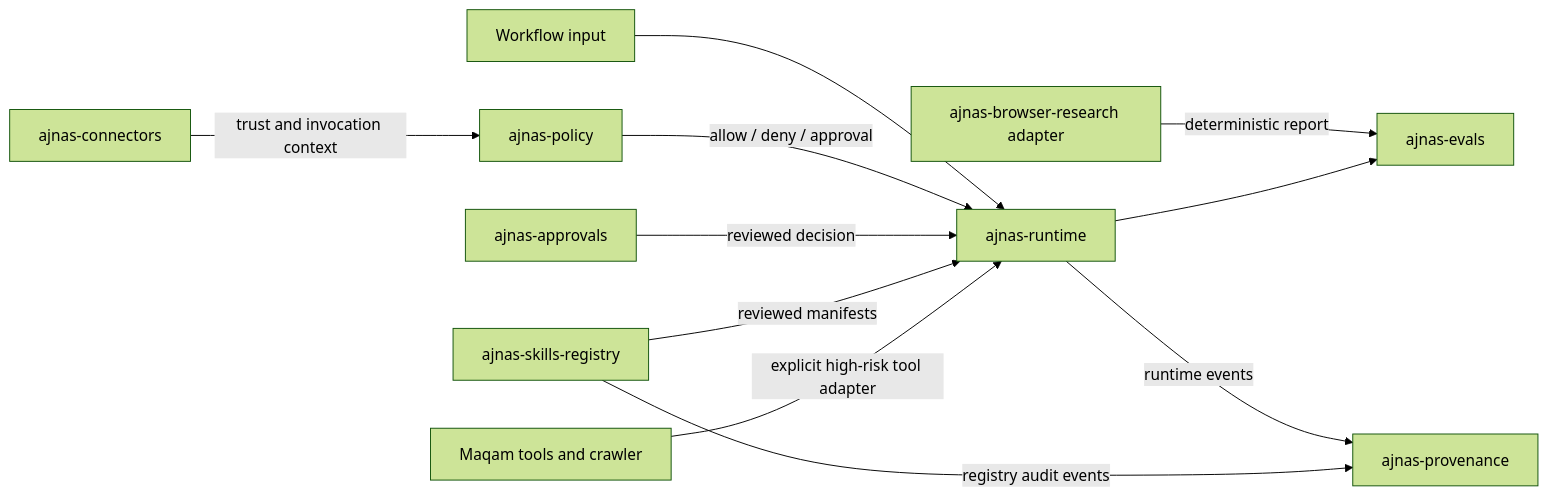
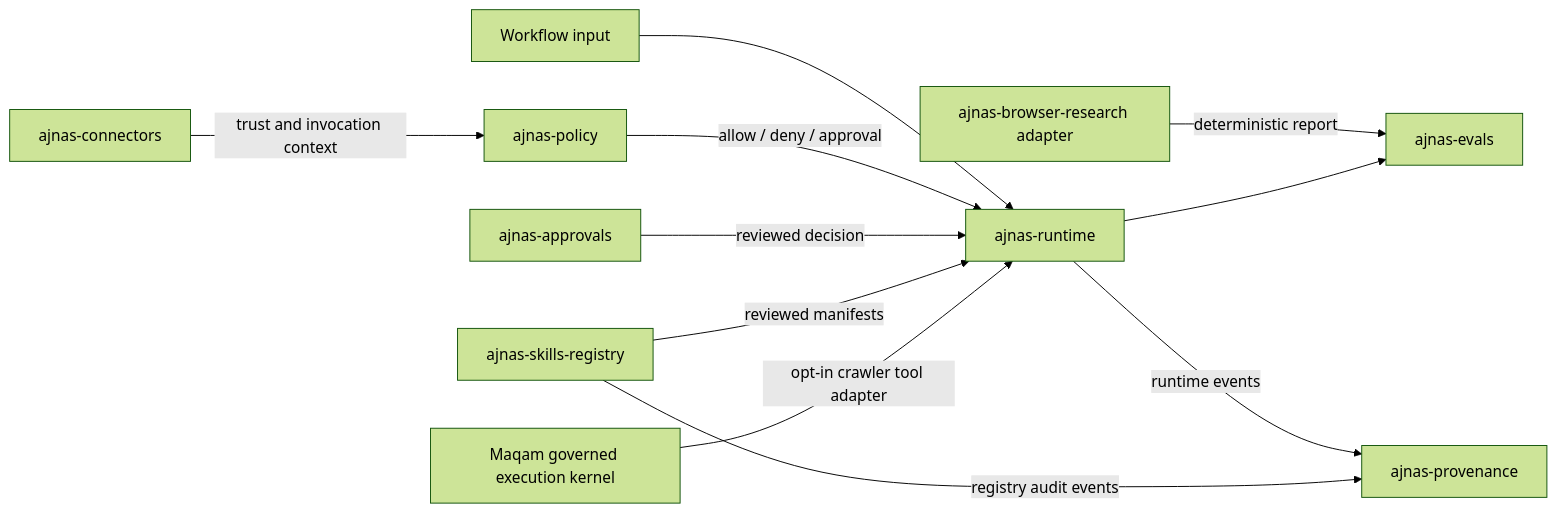
The diagram in docs/architecture.md (AjnasNB/productloop-os), drawn with Mermaid (forest theme) before and after one commit. The commit also changed other lines of this file and 28 other files, not shown here.

````diff
--- a/docs/architecture.md
+++ b/docs/architecture.md
@@ -5,13 +7,13 @@
 ```mermaid
 flowchart LR
   Input["Workflow input"] --> Runtime["ajnas-runtime"]
   Policy["ajnas-policy"] -->|allow / deny / approval| Runtime
   Approvals["ajnas-approvals"] -->|reviewed decision| Runtime
   Skills["ajnas-skills-registry"] -->|reviewed manifests| Runtime
   Connectors["ajnas-connectors"] -->|trust and invocation context| Policy
-  Maqam["Maqam tools and crawler"] -->|explicit high-risk tool adapter| Runtime
+  Maqam["Maqam governed execution kernel"] -->|opt-in crawler tool adapter| Runtime
   Browser["ajnas-browser-research adapter"] -->|deterministic report| Evals["ajnas-evals"]
   Runtime -->|runtime events| Provenance["ajnas-provenance"]
   Skills -->|registry audit events| Provenance
   Runtime --> Evals
 ```
````
